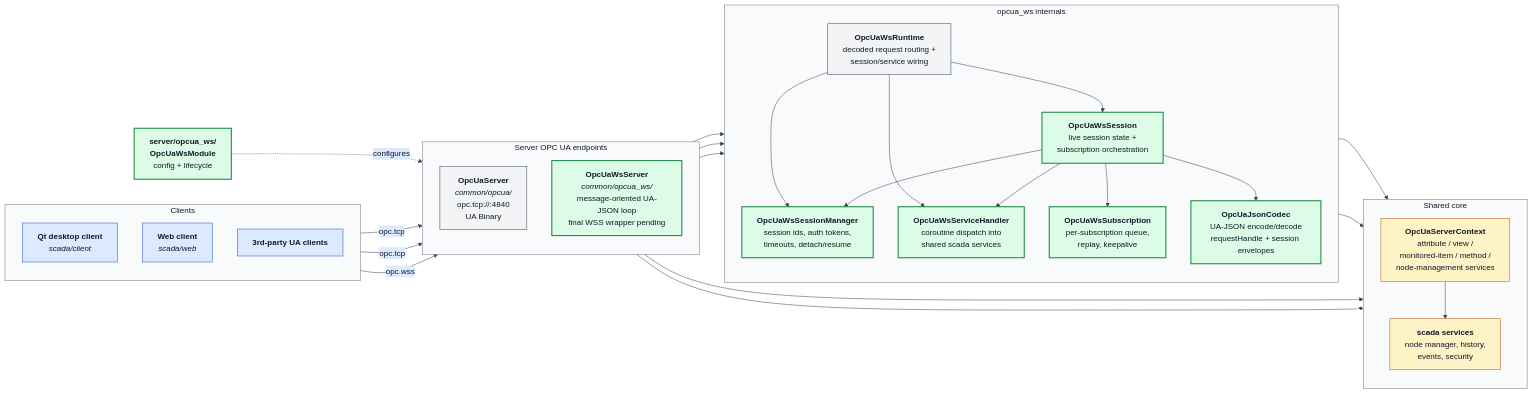
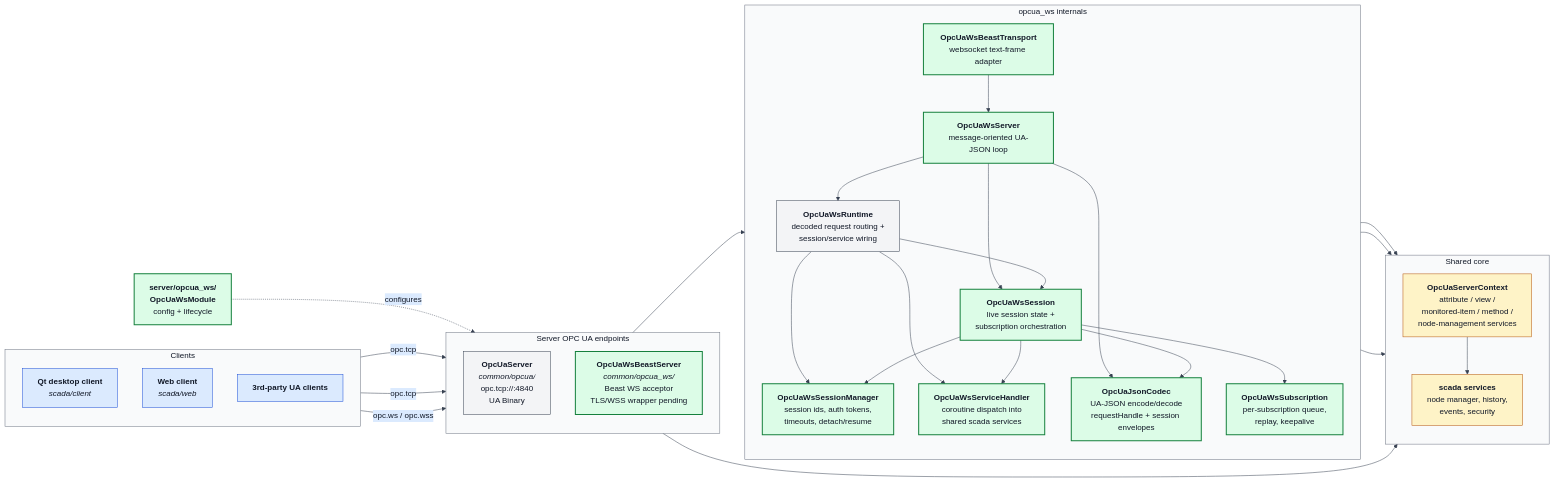
Before and after one commit to alexsmn/scada-common: the diagram in docs/opcua_ws_architecture.mmd, drawn with Mermaid. The commit also changed 9 other files, not shown here.

Commit message:
Add opcua_ws Beast websocket server

```diff
--- a/docs/opcua_ws_architecture.mmd
+++ b/docs/opcua_ws_architecture.mmd
@@ -1,84 +1,88 @@
 %%{init: {
   'theme': 'base',
   'themeVariables': {
     'background': '#ffffff',
     'primaryColor': '#f3f4f6',
     'primaryBorderColor': '#374151',
     'primaryTextColor': '#111827',
     'secondaryColor': '#dbeafe',
     'secondaryBorderColor': '#1d4ed8',
     'secondaryTextColor': '#111827',
     'tertiaryColor': '#fef3c7',
     'tertiaryBorderColor': '#b45309',
     'tertiaryTextColor': '#111827',
     'lineColor': '#374151',
     'defaultLinkColor': '#374151',
     'clusterBkg': '#f9fafb',
     'clusterBorder': '#6b7280',
     'titleColor': '#111827'
   },
   'flowchart': {'htmlLabels': true}
 }}%%
 flowchart LR
     subgraph Clients["Clients"]
         direction TB
         QT["<b>Qt desktop client</b><br/><i>scada/client</i>"]
         WEB["<b>Web client</b><br/><i>scada/web</i>"]
         NATIVE["<b>3rd-party UA clients</b>"]
     end
 
     subgraph Endpoints["Server OPC UA endpoints"]
         direction TB
         TCP["<b>OpcUaServer</b><br/><i>common/opcua/</i><br/>opc.tcp://:4840<br/>UA Binary"]
-        WS["<b>OpcUaWsServer</b><br/><i>common/opcua_ws/</i><br/>message-oriented UA-JSON loop<br/>final WSS wrapper pending"]
+        WSSOCK["<b>OpcUaWsBeastServer</b><br/><i>common/opcua_ws/</i><br/>Beast WS acceptor<br/>TLS/WSS wrapper pending"]
     end
 
     subgraph WsInternals["opcua_ws internals"]
         direction TB
+        WSTR["<b>OpcUaWsBeastTransport</b><br/>websocket text-frame adapter"]
+        WS["<b>OpcUaWsServer</b><br/>message-oriented UA-JSON loop"]
         SESS["<b>OpcUaWsSession</b><br/>live session state +<br/>subscription orchestration"]
         RT["<b>OpcUaWsRuntime</b><br/>decoded request routing +<br/>session/service wiring"]
         SMGR["<b>OpcUaWsSessionManager</b><br/>session ids, auth tokens,<br/>timeouts, detach/resume"]
         HANDLER["<b>OpcUaWsServiceHandler</b><br/>coroutine dispatch into<br/>shared scada services"]
         SUB["<b>OpcUaWsSubscription</b><br/>per-subscription queue,<br/>replay, keepalive"]
         CODEC["<b>OpcUaJsonCodec</b><br/>UA-JSON encode/decode<br/>requestHandle + session envelopes"]
     end
 
     subgraph Core["Shared core"]
         direction TB
         CTX["<b>OpcUaServerContext</b><br/>attribute / view /<br/>monitored-item / method /<br/>node-management services"]
         SVC["<b>scada services</b><br/>node manager, history,<br/>events, security"]
     end
 
     MOD["<b>server/opcua_ws/<br/>OpcUaWsModule</b><br/>config + lifecycle"]
 
     QT -->|opc.tcp| TCP
     NATIVE -->|opc.tcp| TCP
-    WEB -->|opc.wss| WS
+    WEB -->|opc.ws / opc.wss| WSSOCK
 
+    WSSOCK --> WSTR
+    WSTR --> WS
     WS --> SESS
     WS --> RT
     RT --> SESS
     RT --> SMGR
     RT --> HANDLER
     SESS --> SMGR
     SESS --> HANDLER
     WS --> CODEC
     SESS --> SUB
     SESS --> CODEC
     HANDLER --> CTX
     SMGR --> CTX
 
     TCP --> CTX
     WS --> CTX
     CTX --> SVC
 
-    MOD -.configures.-> WS
+    MOD -.configures.-> WSSOCK
 
     classDef clientStyle fill:#dbeafe,stroke:#1d4ed8,color:#111827
     classDef newModule fill:#dcfce7,stroke:#15803d,color:#111827,stroke-width:2px
     classDef existing fill:#f3f4f6,stroke:#374151,color:#111827
     classDef core fill:#fef3c7,stroke:#b45309,color:#111827
     class QT,WEB,NATIVE clientStyle
-    class WS,SESS,SMGR,HANDLER,SUB,CODEC,MOD newModule
+    class WSSOCK,WSTR,WS,SESS,SMGR,HANDLER,SUB,CODEC,MOD newModule
     class TCP existing
     class CTX,SVC core
```
